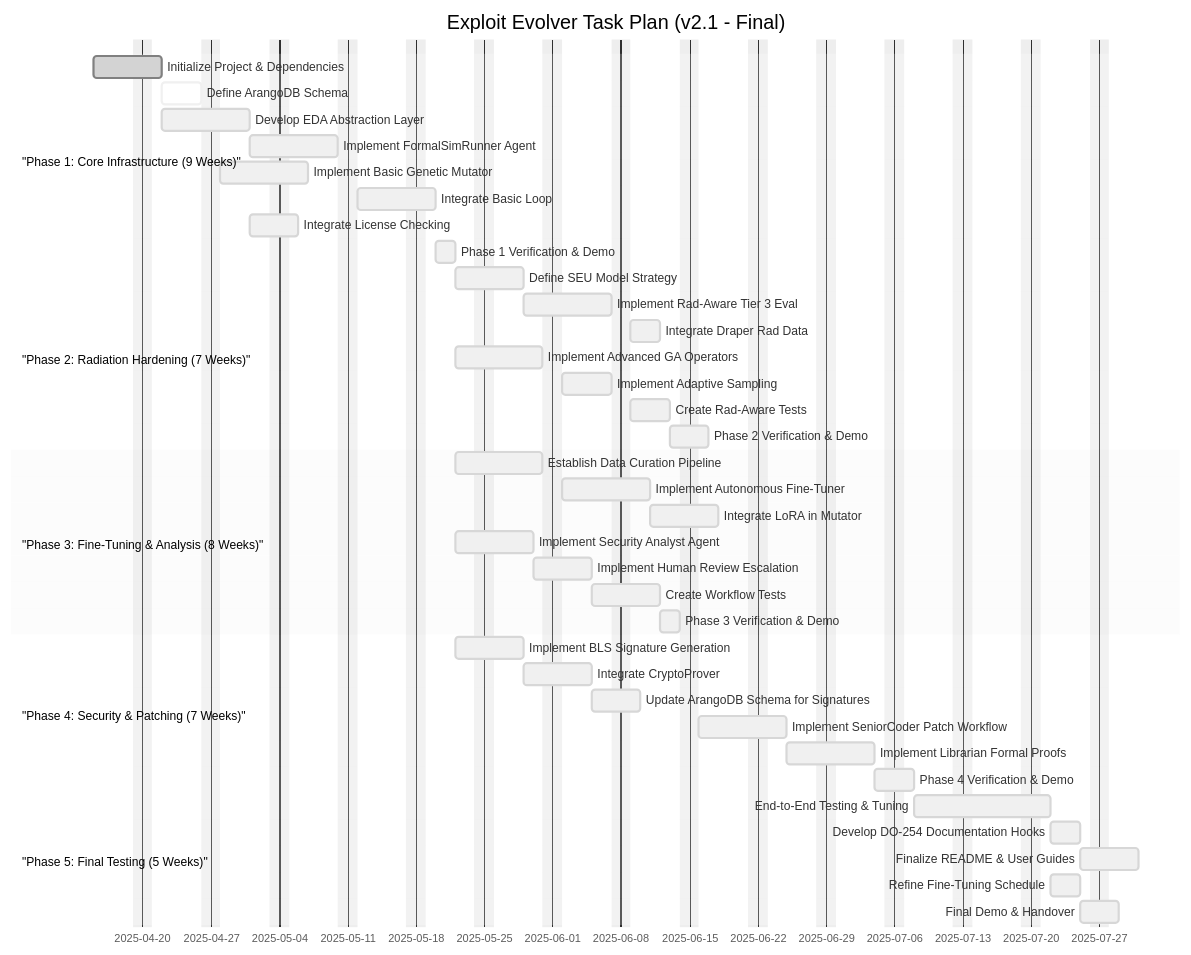
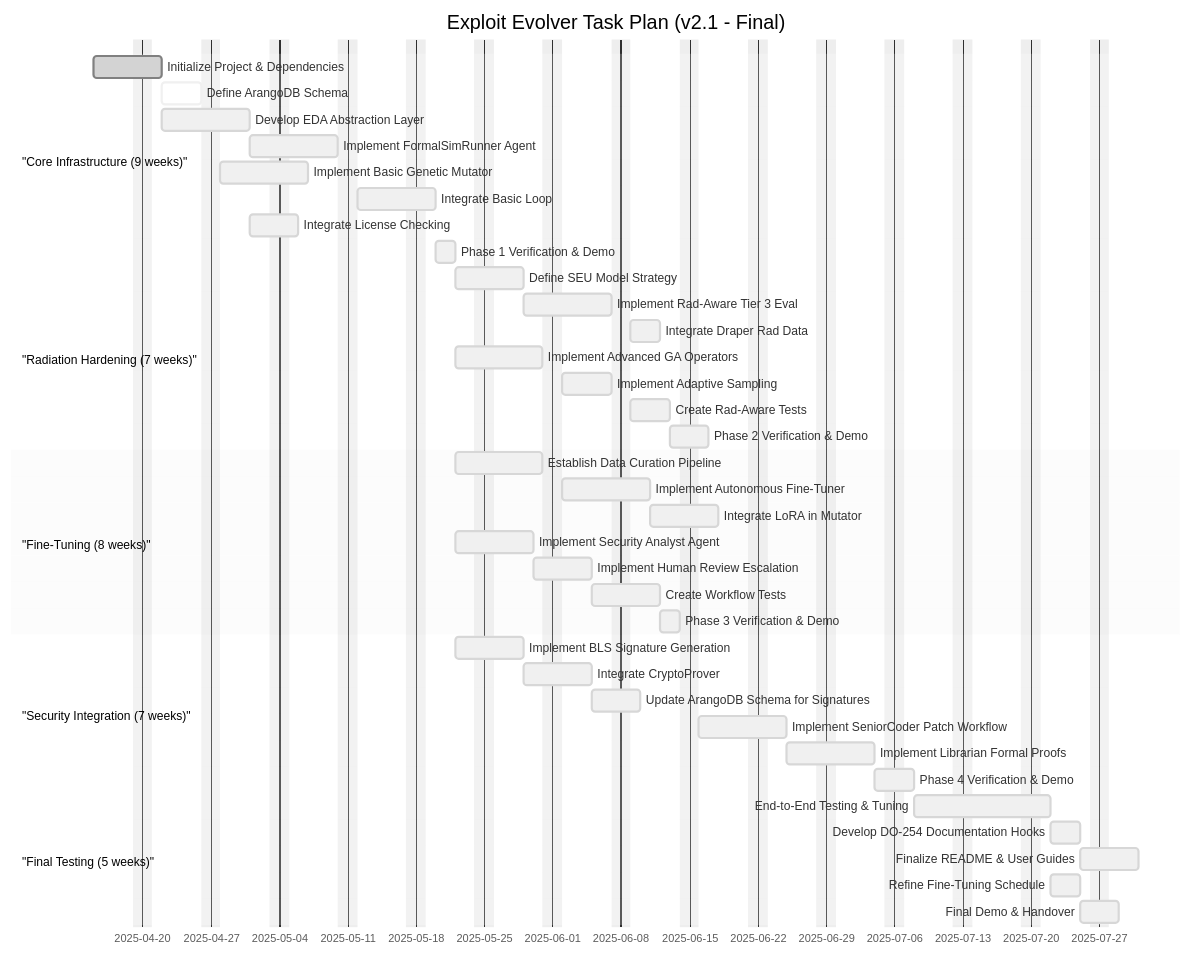
The diagram in draper_exploit_evo/task.md (grahama1970/draper), drawn with Mermaid before and after one commit. The commit also changed other lines of this file and 5 other files, not shown here.

````diff
--- a/draper_exploit_evo/task.md
+++ b/draper_exploit_evo/task.md
@@ -58,50 +60,50 @@
 ```mermaid
 %%{init: {'theme': 'base', 'themeVariables': { 'primaryColor': '#f0f0f0'}}}%%
 gantt
     dateFormat  YYYY-MM-DD
     title       Exploit Evolver Task Plan (v2.1 - Final)
     excludes    weekends
 
-    section "Phase 1: Core Infrastructure (9 Weeks)"
+    section "Core Infrastructure (9 weeks)"
     Initialize Project & Dependencies          :done, P1T1, 2025-04-15, 5d
     Define ArangoDB Schema                    :active, P1T2, after P1T1, 4d
     Develop EDA Abstraction Layer             :P1T3, after P1T1, 7d
     Implement FormalSimRunner Agent           :P1T4, after P1T3, 7d
     Implement Basic Genetic Mutator           :P1T5, after P1T2, 7d
     Integrate Basic Loop                      :P1T6, after P1T4, 6d
     Integrate License Checking                :P1T7, after P1T3, 3d
     Phase 1 Verification & Demo               :P1T8, after P1T6, 2d
 
-    section "Phase 2: Radiation Hardening (7 Weeks)"
+    section "Radiation Hardening (7 weeks)"
     Define SEU Model Strategy                 :P2T1, after P1T8, 5d
     Implement Rad-Aware Tier 3 Eval           :P2T2, after P2T1, 7d
     Integrate Draper Rad Data                 :P2T3, after P2T2, 3d
     Implement Advanced GA Operators           :P2T4, after P1T8, 7d
     Implement Adaptive Sampling               :P2T5, after P2T4, 5d
     Create Rad-Aware Tests                    :P2T6, after P2T5, 4d
     Phase 2 Verification & Demo               :P2T7, after P2T6, 2d
 
-    section "Phase 3: Fine-Tuning & Analysis (8 Weeks)"
+    section "Fine-Tuning (8 weeks)"
     Establish Data Curation Pipeline          :P3T1, after P1T8, 7d
     Implement Autonomous Fine-Tuner           :P3T2, after P3T1, 7d
     Integrate LoRA in Mutator                 :P3T3, after P3T2, 5d
     Implement Security Analyst Agent          :P3T4, after P1T8, 6d
     Implement Human Review Escalation         :P3T5, after P3T4, 4d
     Create Workflow Tests                     :P3T6, after P3T5, 5d
     Phase 3 Verification & Demo               :P3T7, after P3T6, 2d
 
-    section "Phase 4: Security & Patching (7 Weeks)"
+    section "Security Integration (7 weeks)"
     Implement BLS Signature Generation        :P4T1, after P1T8, 5d
     Integrate CryptoProver                    :P4T2, after P4T1, 5d
     Update ArangoDB Schema for Signatures     :P4T3, after P4T2, 3d
     Implement SeniorCoder Patch Workflow      :P4T4, after P3T7, 7d
     Implement Librarian Formal Proofs         :P4T5, after P4T4, 7d
     Phase 4 Verification & Demo               :P4T6, after P4T5, 2d
 
-    section "Phase 5: Final Testing (5 Weeks)"
+    section "Final Testing (5 weeks)"
     End-to-End Testing & Tuning               :P5T1, after P4T6, 10d
     Develop DO-254 Documentation Hooks        :P5T2, after P5T1, 3d
     Finalize README & User Guides             :P5T3, after P5T2, 4d
     Refine Fine-Tuning Schedule               :P5T4, after P5T1, 3d
     Final Demo & Handover                     :P5T5, after P5T4, 2d
 ```
````
